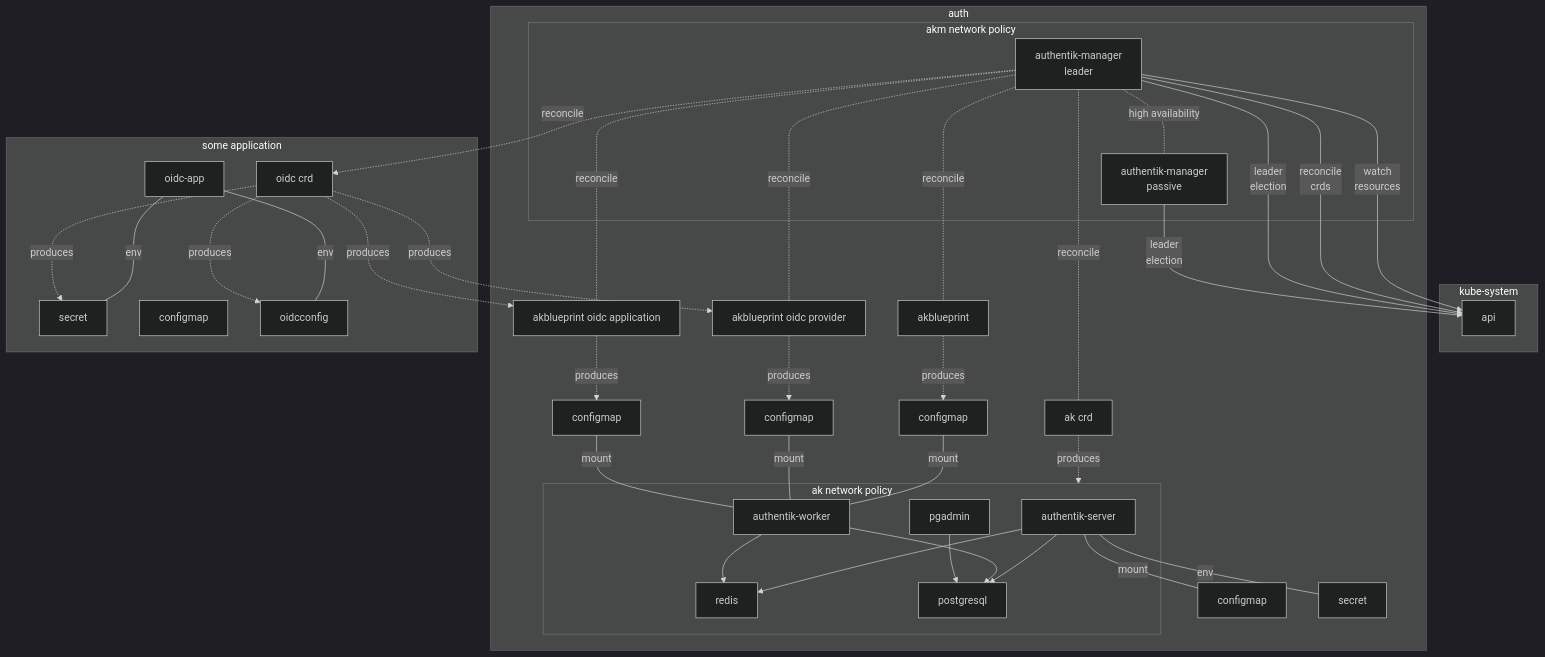
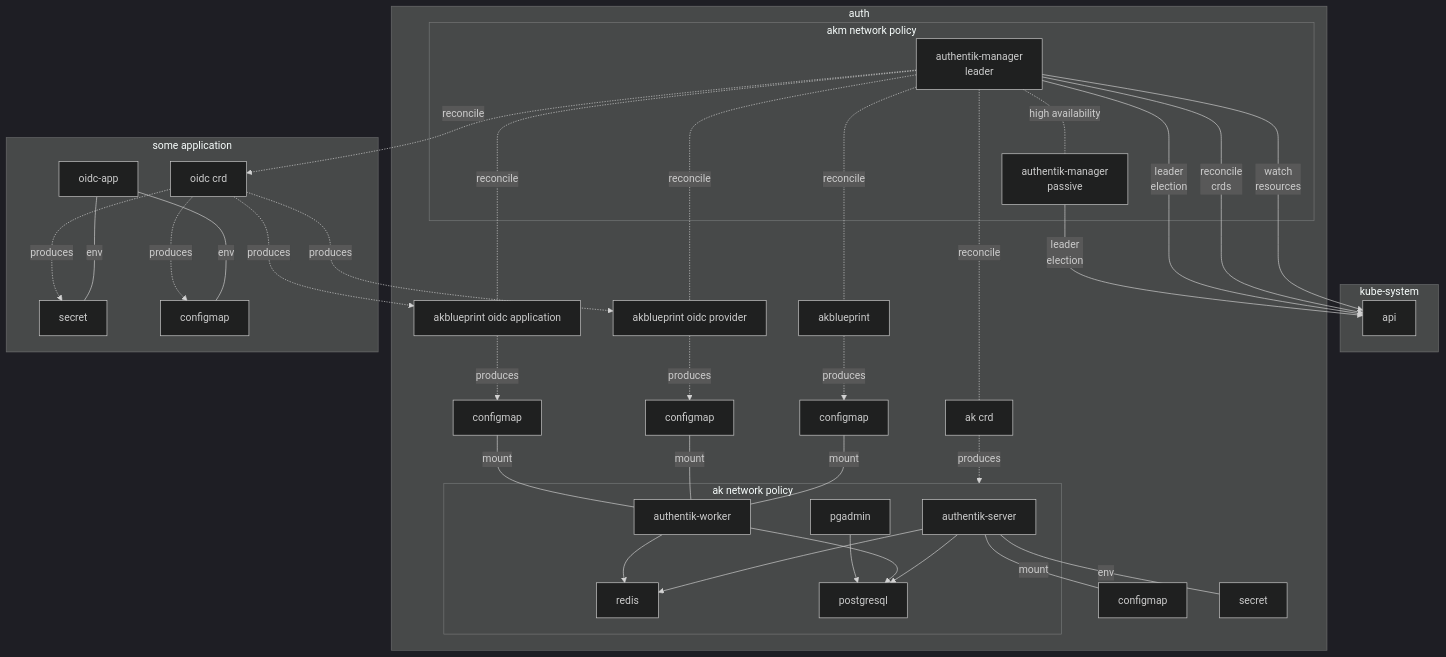
Before and after one commit to DreamingRaven/authentik-manager: the diagram in README.md, drawn with Mermaid (dark theme).

Commit message:
Fixed configmap connection

````diff
--- a/README.md
+++ b/README.md
@@ -19,76 +19,76 @@
 ```mermaid
 
 flowchart TD
 
     subgraph kubeNs[kube-system]
         api[api]
         %% etcd[etcd]
         %% dns[dns]
         %% cm[controller-manager]
         %% proxy[proxy]
     end
 
     subgraph akmNs[auth]
         subgraph aknp[akm network policy]
             akm[authentik-manager\nleader]
             akm2[authentik-manager\npassive]
             akm-.-|high availability|akm2
             akm-->|watch\nresources|api
             akm-->|reconcile\ncrds|api
             akm-->|leader\nelection|api
             akm2-->|leader\nelection|api
         end
         subgraph netpol[ak network policy]
             akmpod1[authentik-server]
             akmpod2[authentik-worker]
             akmpod1-->akmredis[redis]
             akmpod2-->akmredis[redis]
             akmsql[postgresql]
             akmpod1-->akmsql
             akmpod2-->akmsql
             pgadmin-->akmsql
 
         end
         ak[ak crd]
         akbpsec[configmap]
         ak-.->|produces|netpol
         akm-.-|reconcile|ak
         akbp-.->|produces|akbpsec
         akbpsec---|mount|akmpod2
         akbp[akblueprint]
         akm-.-|reconcile|akbp
 
         oidcProBp[akblueprint oidc provider]
         oidcProBpCm[configmap]
         oidcProBp-.->|produces|oidcProBpCm
         akm-.-|reconcile|oidcProBp
         oidcProBpCm---|mount|akmpod2
 
         oidcAppBp[akblueprint oidc application]
         oidcAppBpCm[configmap]
         oidcAppBp-.->|produces|oidcAppBpCm
         akm-.-|reconcile|oidcAppBp
         oidcAppBpCm---|mount|akmpod2
 
         akmpod1---|mount|akmconfig[configmap]
         akmpod1---|env|akmsecret[secret]
 
     end
 
     akm-.->|reconcile|oidc
     oidc-.->|produces|oidcAppBp
     oidc-.->|produces|oidcProBp
 
     subgraph app[some application]
 
         oidc[oidc crd]
         appoidc[oidc-app]
         oidcsec[secret]
-        oidconfig[configmap]
+        oidcconfig[configmap]
         appoidc---|env|oidcsec
         appoidc---|env|oidcconfig
         oidc -.->|produces| oidcsec
         oidc -.->|produces| oidcconfig
     end
 
 ```
````
